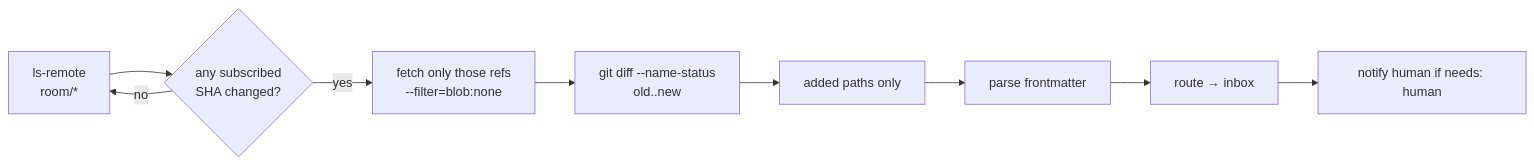
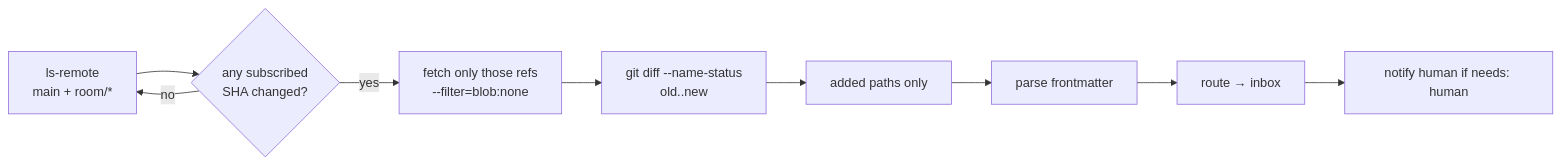
One commit to Komdosh/komnet changed the diagram in docs/design/04-sync-engine.md. Above: the diagram before and after it, drawn with Mermaid. The commit also changed other lines of this file and 45 other files, not shown here.

````diff
--- a/docs/design/04-sync-engine.md
+++ b/docs/design/04-sync-engine.md
@@ -82,11 +84,11 @@
 ```mermaid
 flowchart LR
-    A["ls-remote<br/>room/*"] --> B{"any subscribed<br/>SHA changed?"}
+    A["ls-remote<br/>main + room/*"] --> B{"any subscribed<br/>SHA changed?"}
     B -->|no| A
     B -->|yes| C["fetch only those refs<br/>--filter=blob:none"]
     C --> D["git diff --name-status<br/>old..new"]
     D --> E["added paths only"]
     E --> F["parse frontmatter"]
     F --> G["route → inbox"]
     G --> H["notify human if needs: human"]
 ```
````
